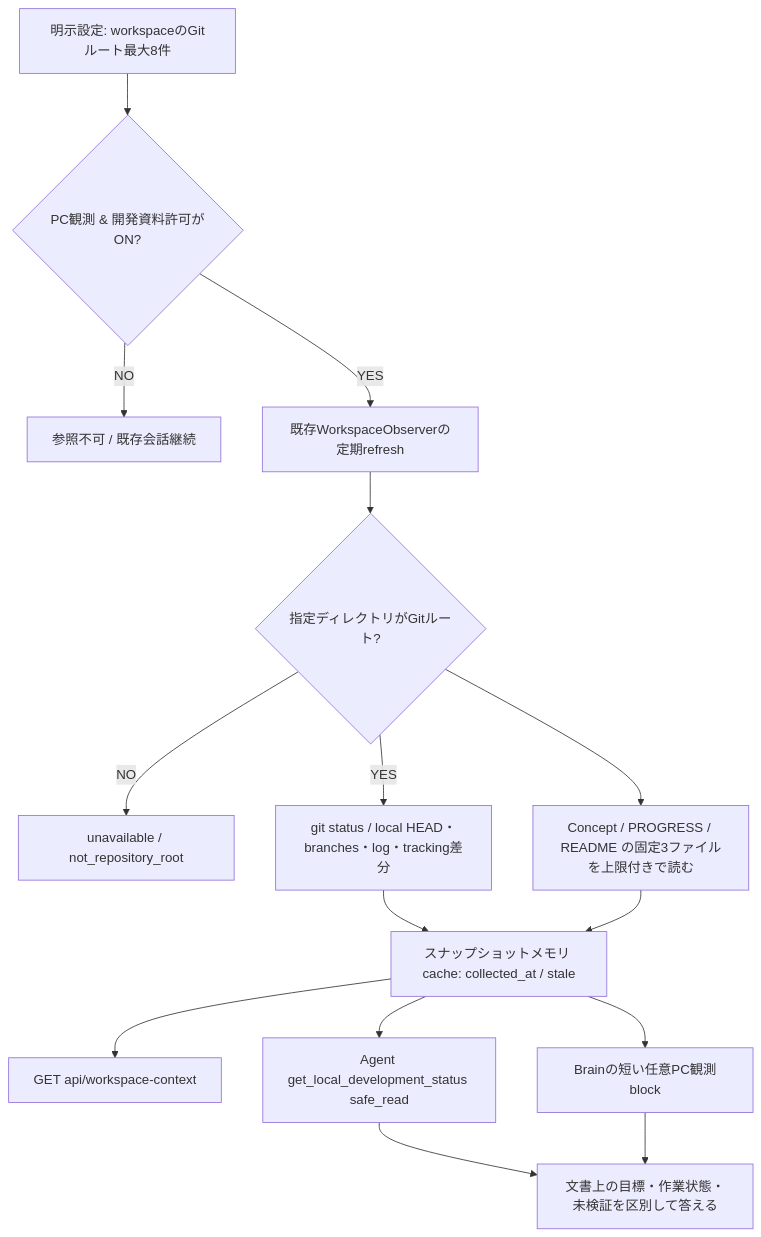
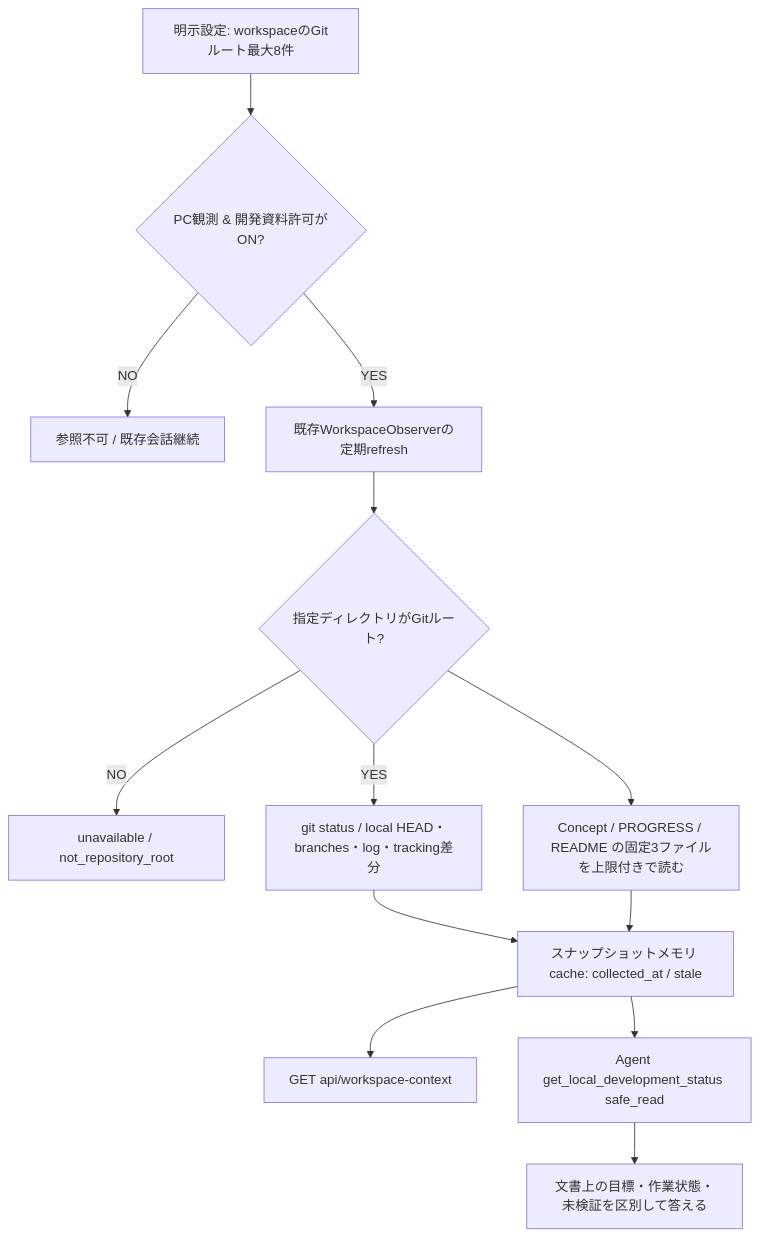
Before and after one commit to Soso2e/PETIT: the second of 27 diagrams in docs/runtime-flows.md, drawn with Mermaid. The commit also changed other lines of this file and 3 other files, not shown here.

````diff
--- a/docs/runtime-flows.md
+++ b/docs/runtime-flows.md
@@ -48,17 +48,15 @@
 ```mermaid
 flowchart TD
     settings[明示設定: workspaceのGitルート最大8件] --> opt{PC観測 & 開発資料許可がON?}
     opt -->|NO| disabled[参照不可 / 既存会話継続]
     opt -->|YES| observer[既存WorkspaceObserverの定期refresh]
     observer --> root{指定ディレクトリがGitルート?}
     root -->|NO| unavailable[unavailable / not_repository_root]
     root -->|YES| git[git status / local HEAD・branches・log・tracking差分]
     root --> docs[Concept / PROGRESS / README の固定3ファイルを上限付きで読む]
     git --> cache[スナップショットメモリ cache: collected_at / stale]
     docs --> cache
     cache --> api[GET api/workspace-context]
-    cache --> brain[Brainの短い任意PC観測block]
     cache --> tool[Agent get_local_development_status safe_read]
     tool --> response[文書上の目標・作業状態・未検証を区別して答える]
-    brain --> response
 ```
````
